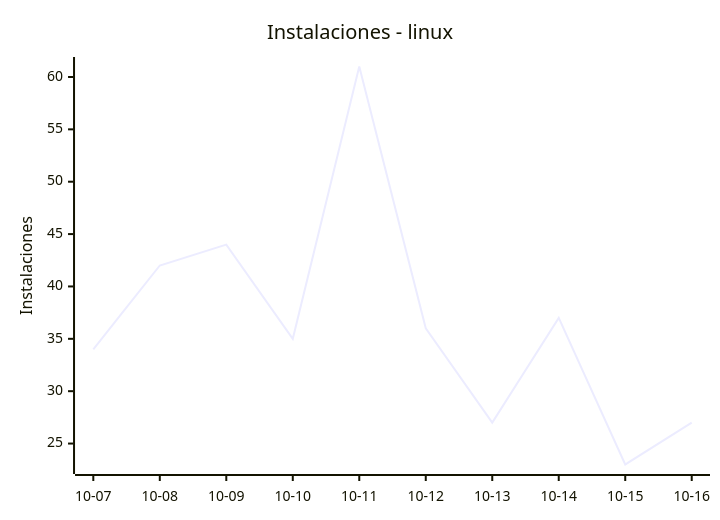
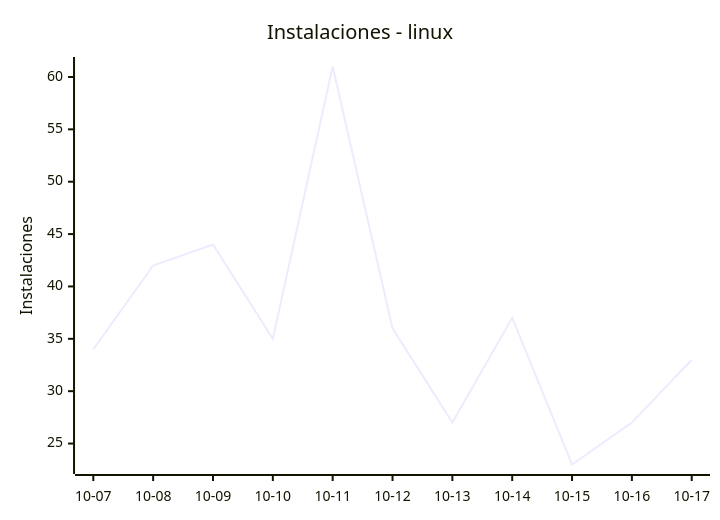
One commit to EmuDeck/stats changed the fourth of 8 diagrams in README.md. Above: the diagram before and after it, drawn with Mermaid. The commit also changed other lines of this file and 2 other files, not shown here.

````diff
--- a/README.md
+++ b/README.md
@@ -52,7 +52,7 @@
 ```mermaid
 xychart-beta
     title "Instalaciones - linux"
-    x-axis ["10-07", "10-08", "10-09", "10-10", "10-11", "10-12", "10-13", "10-14", "10-15", "10-16"]
+    x-axis ["10-07", "10-08", "10-09", "10-10", "10-11", "10-12", "10-13", "10-14", "10-15", "10-16", "10-17"]
     y-axis "Instalaciones"
-    line [34, 42, 44, 35, 61, 36, 27, 37, 23, 27]
+    line [34, 42, 44, 35, 61, 36, 27, 37, 23, 27, 33]
 ```
````
